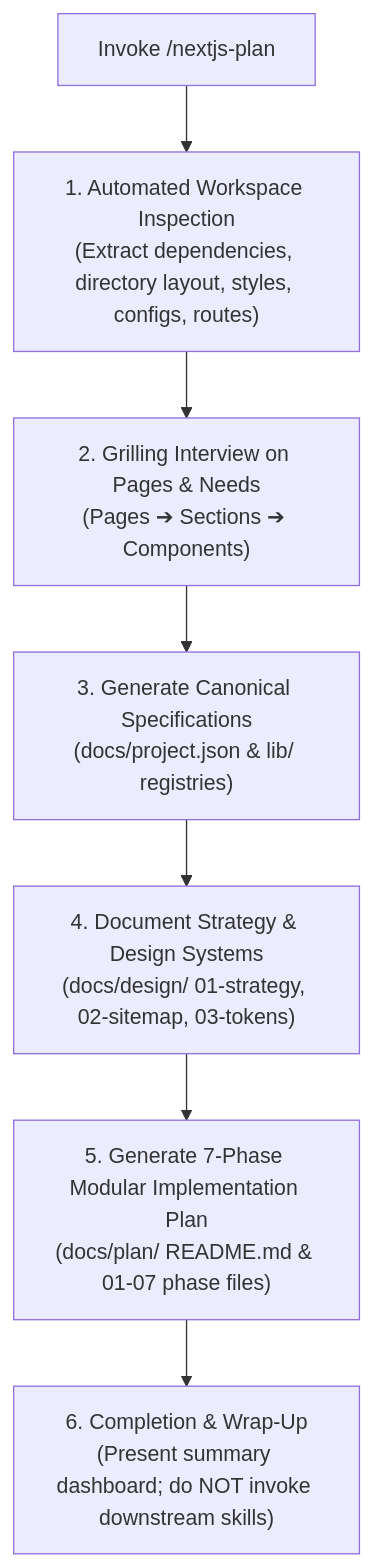
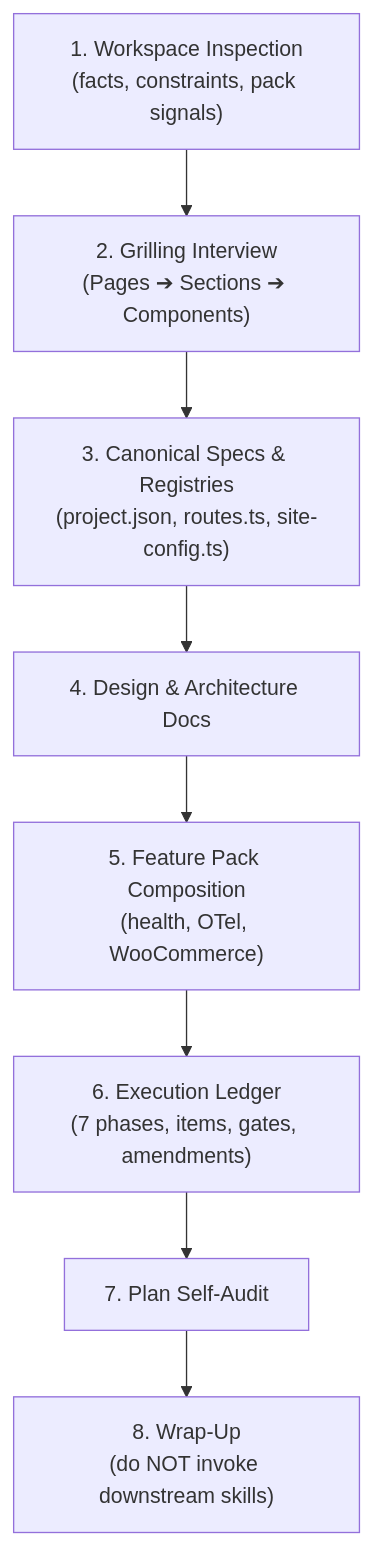
One commit to BIGboss248/skills changed the diagram in skills/nextjs-plan/SKILL.md. Above: the diagram before and after it, drawn with Mermaid. The commit also changed other lines of this file and 55 other files, not shown here.

````diff
--- a/skills/nextjs-plan/SKILL.md
+++ b/skills/nextjs-plan/SKILL.md
@@ -18,9 +25,10 @@
 ```mermaid
 flowchart TD
-    Invoke["Invoke /nextjs-plan"] --> Step1["1. Automated Workspace Inspection<br/>(Extract dependencies, directory layout, styles, configs, routes)"]
-    Step1 --> Step2["2. Grilling Interview on Pages & Needs<br/>(Pages ➔ Sections ➔ Components)"]
-    Step2 --> Step3["3. Generate Canonical Specifications<br/>(docs/project.json & lib/ registries)"]
-    Step3 --> Step4["4. Document Strategy & Design Systems<br/>(docs/design/ 01-strategy, 02-sitemap, 03-tokens)"]
-    Step4 --> Step5["5. Generate 7-Phase Modular Implementation Plan<br/>(docs/plan/ README.md & 01-07 phase files)"]
-    Step5 --> Step6["6. Completion & Wrap-Up<br/>(Present summary dashboard; do NOT invoke downstream skills)"]
+    S1["1. Workspace Inspection<br/>(facts, constraints, pack signals)"] --> S2["2. Grilling Interview<br/>(Pages ➔ Sections ➔ Components)"]
+    S2 --> S3["3. Canonical Specs & Registries<br/>(project.json, routes.ts, site-config.ts)"]
+    S3 --> S4["4. Design & Architecture Docs"]
+    S4 --> S5["5. Feature Pack Composition<br/>(health, OTel, WooCommerce)"]
+    S5 --> S6["6. Execution Ledger<br/>(7 phases, items, gates, amendments)"]
+    S6 --> S7["7. Plan Self-Audit"]
+    S7 --> S8["8. Wrap-Up<br/>(do NOT invoke downstream skills)"]
 ```
````
